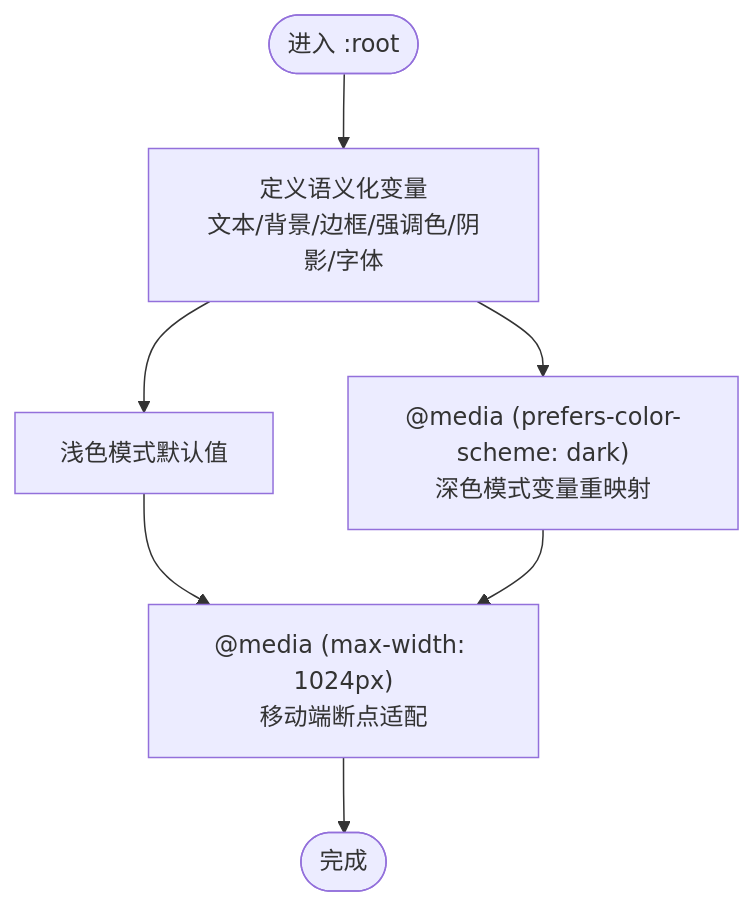
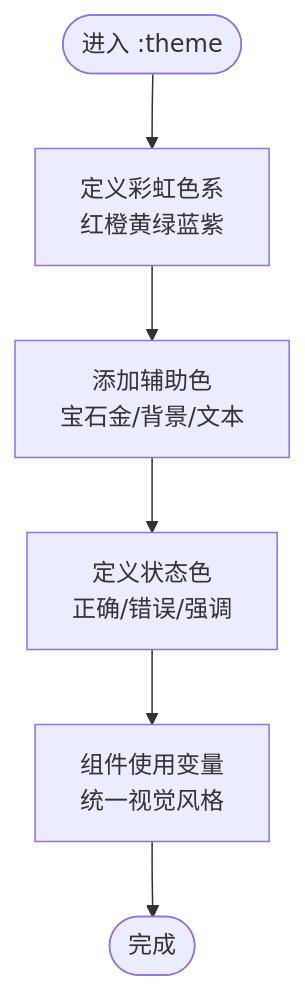
The third of 8 diagrams in .qoder/repowiki/zh/content/样式系统.md (wudeng2005/rainbow-learning), drawn with Mermaid before and after one commit. The commit also changed other lines of this file and 55 other files, not shown here.

````diff
--- a/.qoder/repowiki/zh/content/样式系统.md
+++ b/.qoder/repowiki/zh/content/样式系统.md
@@ -129,9 +185,8 @@
 ```mermaid
 flowchart TD
-Start(["进入 :root"]) --> DefineVars["定义语义化变量<br/>文本/背景/边框/强调色/阴影/字体"]
-DefineVars --> Light["浅色模式默认值"]
-DefineVars --> Dark["@media (prefers-color-scheme: dark)<br/>深色模式变量重映射"]
-Light --> Breakpoint["@media (max-width: 1024px)<br/>移动端断点适配"]
-Dark --> Breakpoint
-Breakpoint --> End(["完成"])
+Start(["进入 :theme"]) --> DefineColors["定义彩虹色系<br/>红橙黄绿蓝紫"]
+DefineColors --> AddAccents["添加辅助色<br/>宝石金/背景/文本"]
+AddAccents --> StatusColors["定义状态色<br/>正确/错误/强调"]
+StatusColors --> Components["组件使用变量<br/>统一视觉风格"]
+Components --> End(["完成"])
 ```
````
